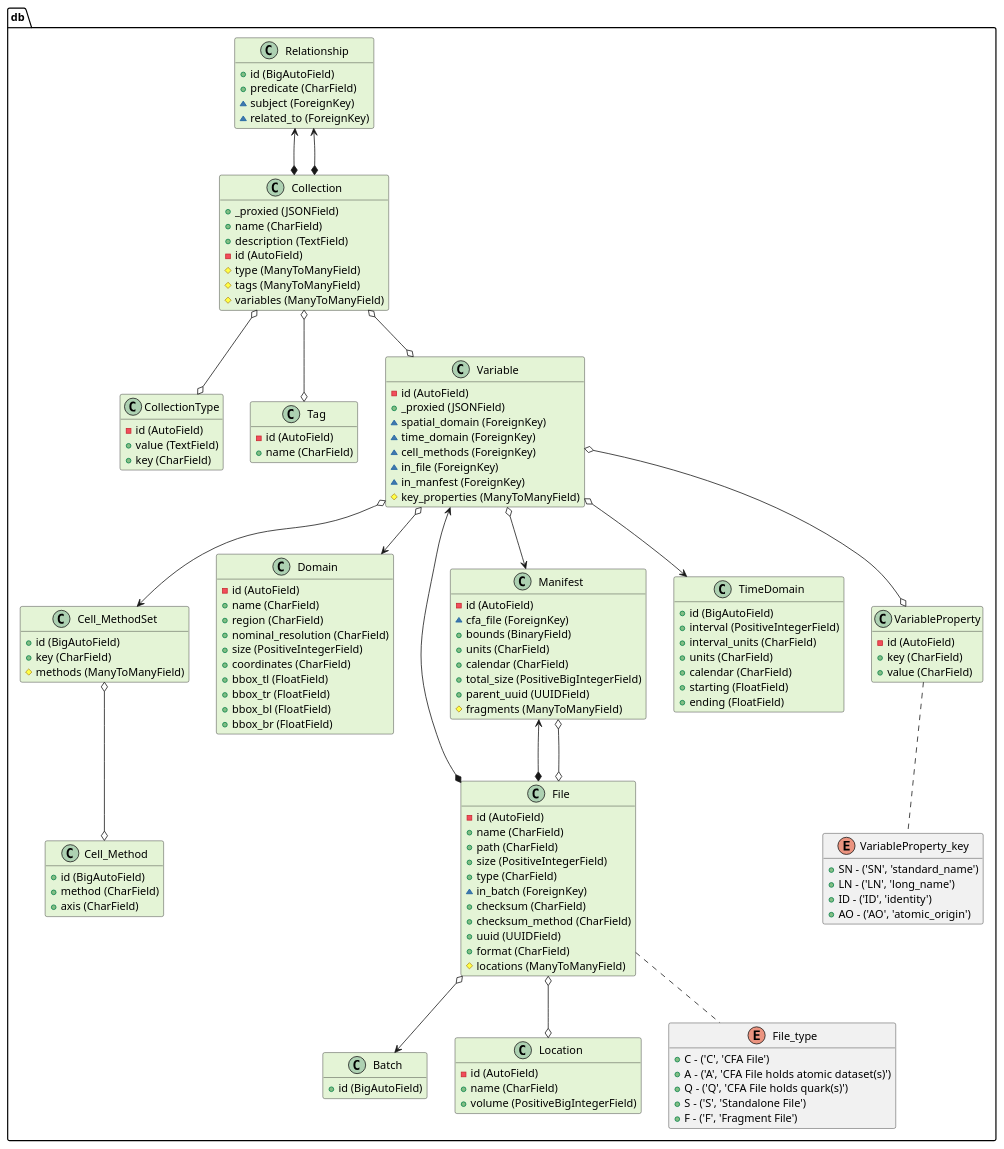
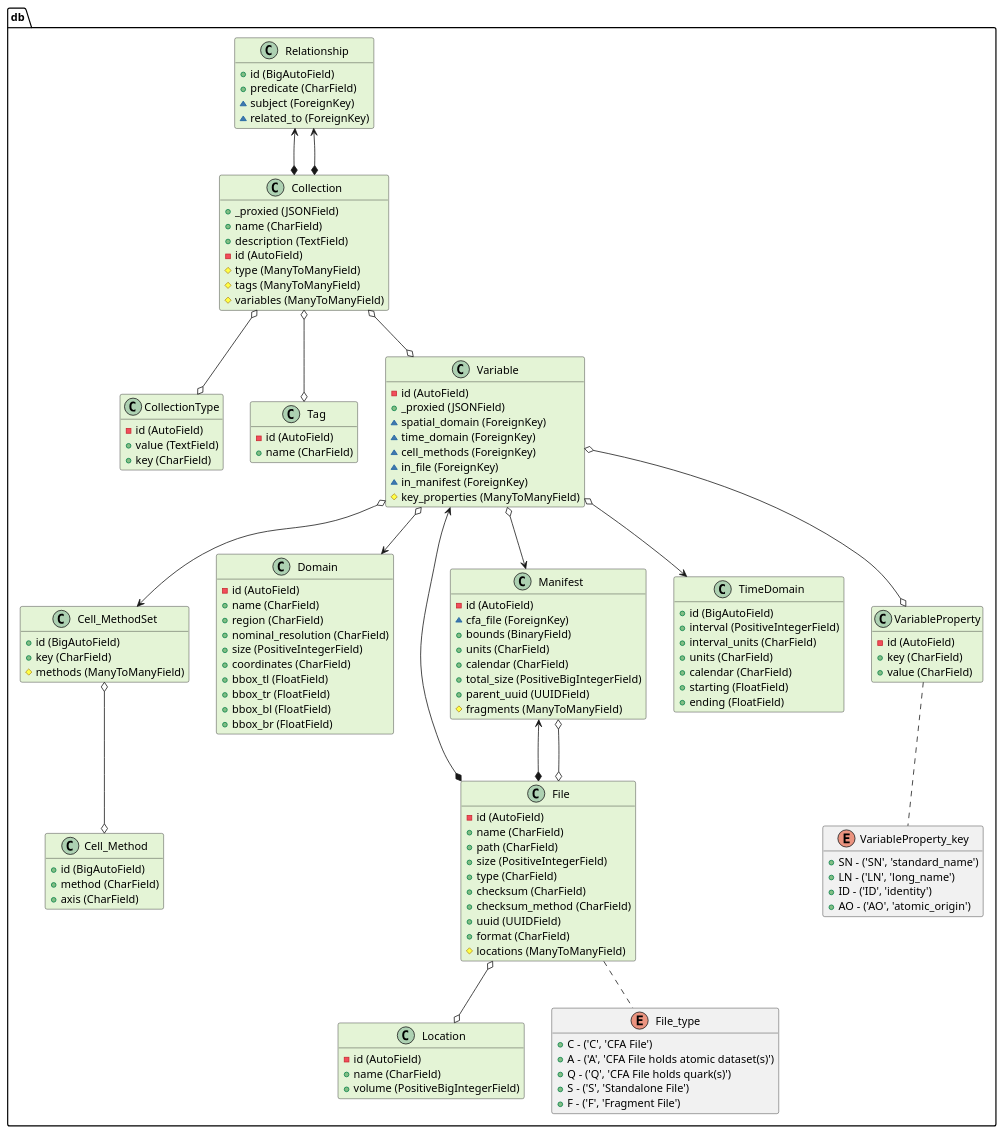
Before and after one commit to bnlawrence/cfs: the diagram in core/docs/db_uml.pu, drawn with PlantUML. The commit also changed 8 other files, not shown here.

```diff
--- a/core/docs/db_uml.pu
+++ b/core/docs/db_uml.pu
@@ -1,165 +1,158 @@
 @startuml 
 hide attributes
 class db.Cell_Method #e4f4d6 {
     + id (BigAutoField)
     + method (CharField)
     + axis (CharField)
 }
 
 
 class db.Cell_MethodSet #e4f4d6 {
     + id (BigAutoField)
     + key (CharField)
     # methods (ManyToManyField)
 }
 db.Cell_MethodSet o--o db.Cell_Method
 
 
 class db.CollectionType #e4f4d6 {
     - id (AutoField)
     + value (TextField)
     + key (CharField)
 }
 
 
 class db.Collection #e4f4d6 {
     + _proxied (JSONField)
     + name (CharField)
     + description (TextField)
     - id (AutoField)
     # type (ManyToManyField)
     # tags (ManyToManyField)
     # variables (ManyToManyField)
 }
 db.Collection o--o db.CollectionType
 db.Collection o--o db.Tag
 db.Collection o--o db.Variable
 
 
-class db.Batch #e4f4d6 {
-    + id (BigAutoField)
-}
-
-
 class db.Domain #e4f4d6 {
     - id (AutoField)
     + name (CharField)
     + region (CharField)
     + nominal_resolution (CharField)
     + size (PositiveIntegerField)
     + coordinates (CharField)
     + bbox_tl (FloatField)
     + bbox_tr (FloatField)
     + bbox_bl (FloatField)
     + bbox_br (FloatField)
 }
 
 
 class db.File #e4f4d6 {
     - id (AutoField)
     + name (CharField)
     + path (CharField)
     + size (PositiveIntegerField)
     + type (CharField)
-    ~ in_batch (ForeignKey)
     + checksum (CharField)
     + checksum_method (CharField)
     + uuid (UUIDField)
     + format (CharField)
     # locations (ManyToManyField)
 }
-db.File o--> db.Batch
 db.File o--o db.Location
 db.File .- db.File_type
 
 
 class db.Location #e4f4d6 {
     - id (AutoField)
     + name (CharField)
     + volume (PositiveBigIntegerField)
 }
 
 
 class db.Manifest #e4f4d6 {
     - id (AutoField)
     ~ cfa_file (ForeignKey)
     + bounds (BinaryField)
     + units (CharField)
     + calendar (CharField)
     + total_size (PositiveBigIntegerField)
     + parent_uuid (UUIDField)
     # fragments (ManyToManyField)
 }
 db.Manifest <--* db.File
 db.Manifest o--o db.File
 
 
 class db.Relationship #e4f4d6 {
     + id (BigAutoField)
     + predicate (CharField)
     ~ subject (ForeignKey)
     ~ related_to (ForeignKey)
 }
 db.Relationship <--* db.Collection
 db.Relationship <--* db.Collection
 
 
 class db.Tag #e4f4d6 {
     - id (AutoField)
     + name (CharField)
 }
 
 
 class db.TimeDomain #e4f4d6 {
     + id (BigAutoField)
     + interval (PositiveIntegerField)
     + interval_units (CharField)
     + units (CharField)
     + calendar (CharField)
     + starting (FloatField)
     + ending (FloatField)
 }
 
 
 class db.VariableProperty #e4f4d6 {
     - id (AutoField)
     + key (CharField)
     + value (CharField)
 }
 db.VariableProperty .- db.VariableProperty_key
 
 
 class db.Variable #e4f4d6 {
     - id (AutoField)
     + _proxied (JSONField)
     ~ spatial_domain (ForeignKey)
     ~ time_domain (ForeignKey)
     ~ cell_methods (ForeignKey)
     ~ in_file (ForeignKey)
-    ~ in_manfest (ForeignKey)
+    ~ in_manifest (ForeignKey)
     # key_properties (ManyToManyField)
 }
 db.Variable o--> db.Domain
 db.Variable o--> db.TimeDomain
 db.Variable o--> db.Cell_MethodSet
 db.Variable <--* db.File
 db.Variable o--> db.Manifest
 db.Variable o--o db.VariableProperty
 
 
 enum db.File_type{
     + C - ('C', 'CFA File')
     + A - ('A', 'CFA File holds atomic dataset(s)')
     + Q - ('Q', 'CFA File holds quark(s)')
     + S - ('S', 'Standalone File')
     + F - ('F', 'Fragment File')
 }
 
 enum db.VariableProperty_key{
     + SN - ('SN', 'standard_name')
     + LN - ('LN', 'long_name')
     + ID - ('ID', 'identity')
     + AO - ('AO', 'atomic_origin')
 }
 
 @enduml
```
